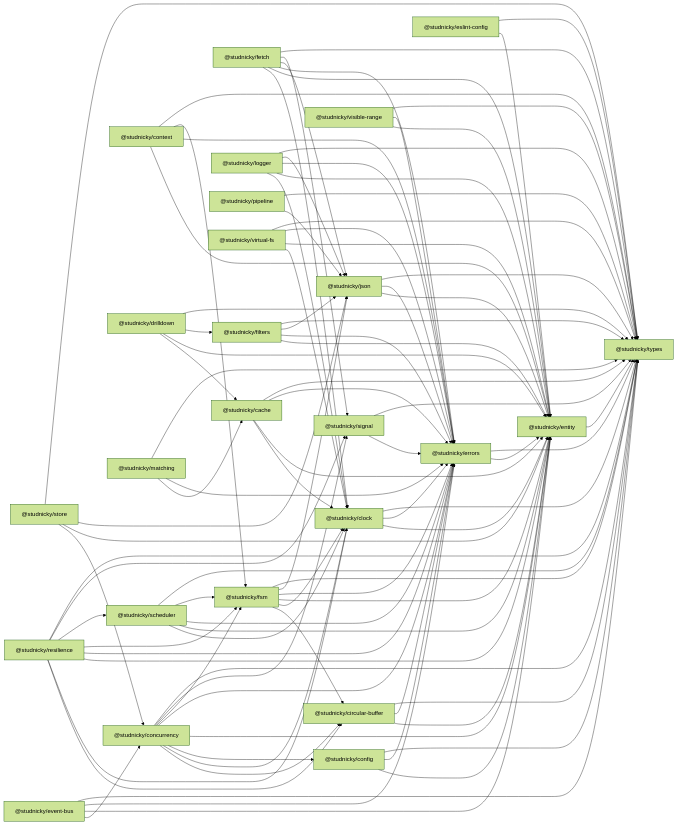
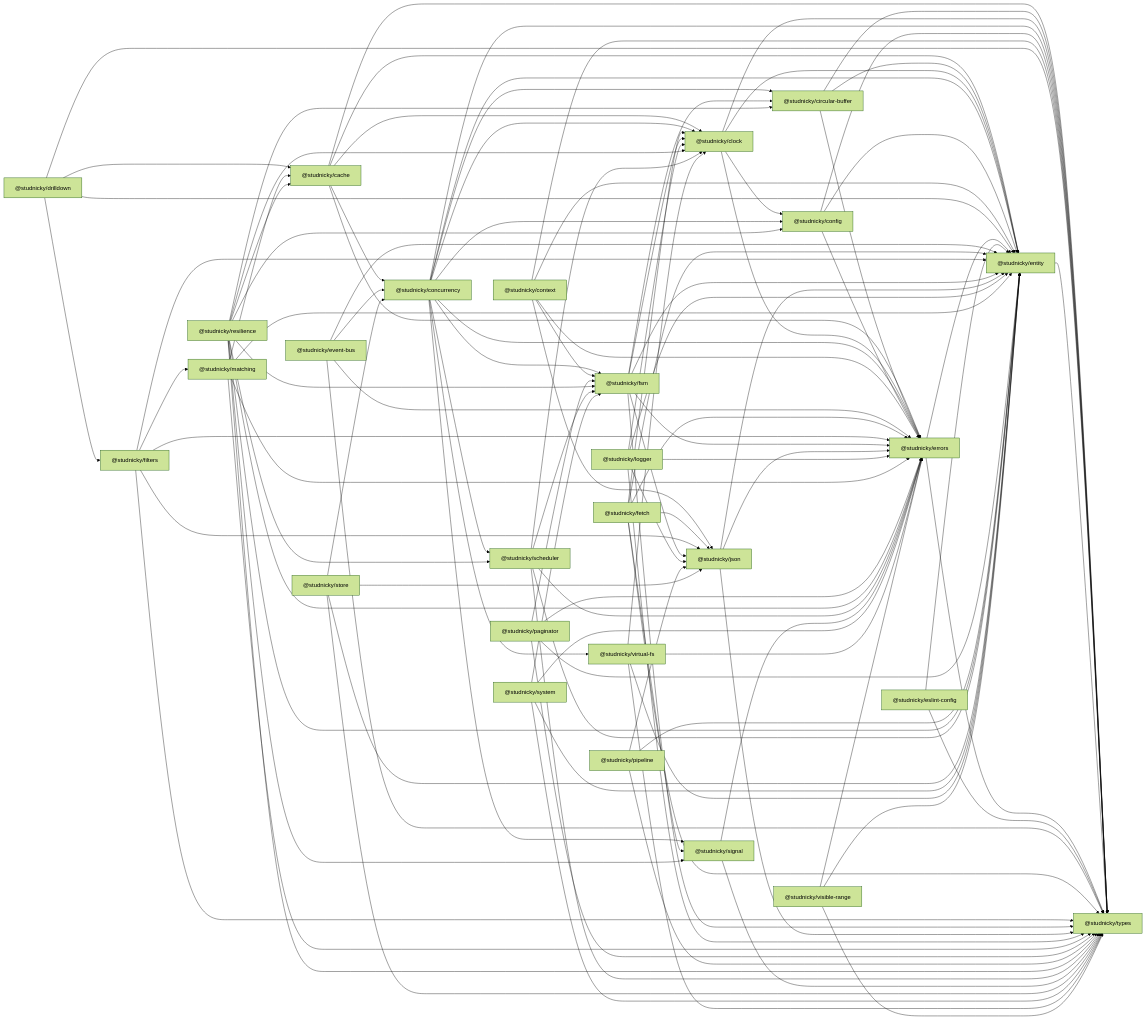
The diagram in docs/dependency-graph.md (Studnicky/substrate), drawn with Mermaid (forest theme) before and after one commit. The commit also changed 2451 other files, not shown here.

First line of the commit message:
refactor: platform-neutral packages with per-environment adapters; restore system and paginator (#195)

```diff
--- a/docs/dependency-graph.md
+++ b/docs/dependency-graph.md
@@ -21,21 +21,25 @@
 p__studnicky_json["@studnicky/json"]
 p__studnicky_logger["@studnicky/logger"]
 p__studnicky_matching["@studnicky/matching"]
+p__studnicky_paginator["@studnicky/paginator"]
 p__studnicky_pipeline["@studnicky/pipeline"]
 p__studnicky_resilience["@studnicky/resilience"]
 p__studnicky_scheduler["@studnicky/scheduler"]
 p__studnicky_signal["@studnicky/signal"]
 p__studnicky_store["@studnicky/store"]
+p__studnicky_system["@studnicky/system"]
 p__studnicky_types["@studnicky/types"]
 p__studnicky_virtual_fs["@studnicky/virtual-fs"]
 p__studnicky_visible_range["@studnicky/visible-range"]
 p__studnicky_cache --> p__studnicky_clock
+p__studnicky_cache --> p__studnicky_concurrency
 p__studnicky_cache --> p__studnicky_entity
 p__studnicky_cache --> p__studnicky_errors
 p__studnicky_cache --> p__studnicky_types
 p__studnicky_circular_buffer --> p__studnicky_entity
 p__studnicky_circular_buffer --> p__studnicky_errors
 p__studnicky_circular_buffer --> p__studnicky_types
+p__studnicky_clock --> p__studnicky_config
 p__studnicky_clock --> p__studnicky_entity
 p__studnicky_clock --> p__studnicky_errors
 p__studnicky_clock --> p__studnicky_types
@@ -45,14 +49,17 @@
 p__studnicky_concurrency --> p__studnicky_entity
 p__studnicky_concurrency --> p__studnicky_errors
 p__studnicky_concurrency --> p__studnicky_fsm
+p__studnicky_concurrency --> p__studnicky_scheduler
 p__studnicky_concurrency --> p__studnicky_signal
 p__studnicky_concurrency --> p__studnicky_types
+p__studnicky_concurrency --> p__studnicky_virtual_fs
 p__studnicky_config --> p__studnicky_entity
 p__studnicky_config --> p__studnicky_errors
 p__studnicky_config --> p__studnicky_types
 p__studnicky_context --> p__studnicky_entity
 p__studnicky_context --> p__studnicky_errors
 p__studnicky_context --> p__studnicky_fsm
+p__studnicky_context --> p__studnicky_json
 p__studnicky_context --> p__studnicky_types
 p__studnicky_drilldown --> p__studnicky_cache
 p__studnicky_drilldown --> p__studnicky_entity
@@ -76,6 +83,7 @@
 p__studnicky_filters --> p__studnicky_entity
 p__studnicky_filters --> p__studnicky_errors
 p__studnicky_filters --> p__studnicky_json
+p__studnicky_filters --> p__studnicky_matching
 p__studnicky_filters --> p__studnicky_types
 p__studnicky_fsm --> p__studnicky_circular_buffer
 p__studnicky_fsm --> p__studnicky_clock
@@ -92,12 +100,20 @@
 p__studnicky_logger --> p__studnicky_json
 p__studnicky_logger --> p__studnicky_types
 p__studnicky_matching --> p__studnicky_cache
+p__studnicky_matching --> p__studnicky_entity
 p__studnicky_matching --> p__studnicky_errors
 p__studnicky_matching --> p__studnicky_types
+p__studnicky_paginator --> p__studnicky_entity
+p__studnicky_paginator --> p__studnicky_errors
+p__studnicky_paginator --> p__studnicky_fsm
+p__studnicky_paginator --> p__studnicky_types
+p__studnicky_pipeline --> p__studnicky_entity
 p__studnicky_pipeline --> p__studnicky_json
 p__studnicky_pipeline --> p__studnicky_types
+p__studnicky_resilience --> p__studnicky_cache
 p__studnicky_resilience --> p__studnicky_circular_buffer
 p__studnicky_resilience --> p__studnicky_clock
+p__studnicky_resilience --> p__studnicky_config
 p__studnicky_resilience --> p__studnicky_entity
 p__studnicky_resilience --> p__studnicky_errors
 p__studnicky_resilience --> p__studnicky_fsm
@@ -115,6 +131,10 @@
 p__studnicky_store --> p__studnicky_entity
 p__studnicky_store --> p__studnicky_json
 p__studnicky_store --> p__studnicky_types
+p__studnicky_system --> p__studnicky_entity
+p__studnicky_system --> p__studnicky_errors
+p__studnicky_system --> p__studnicky_fsm
+p__studnicky_system --> p__studnicky_types
 p__studnicky_virtual_fs --> p__studnicky_clock
 p__studnicky_virtual_fs --> p__studnicky_entity
 p__studnicky_virtual_fs --> p__studnicky_errors
```
